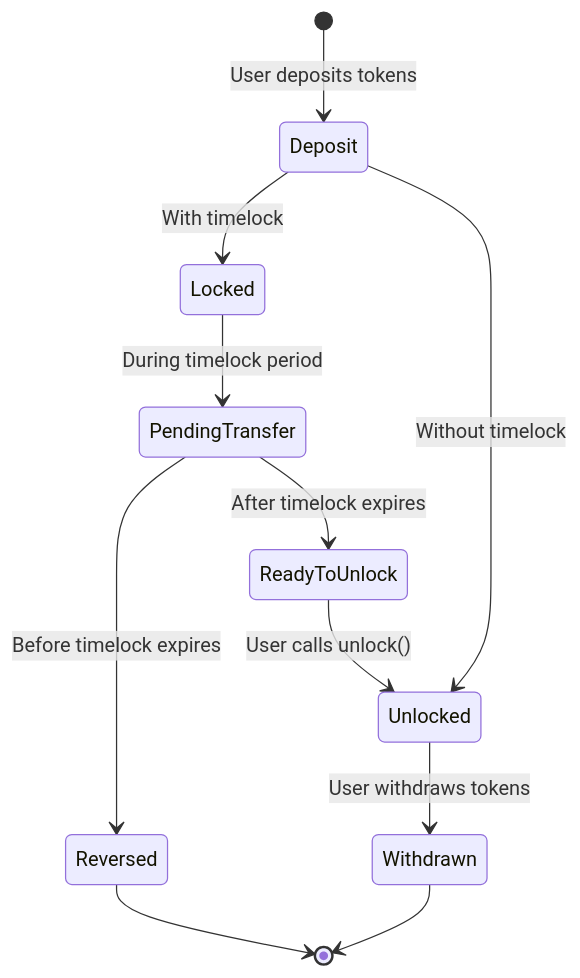
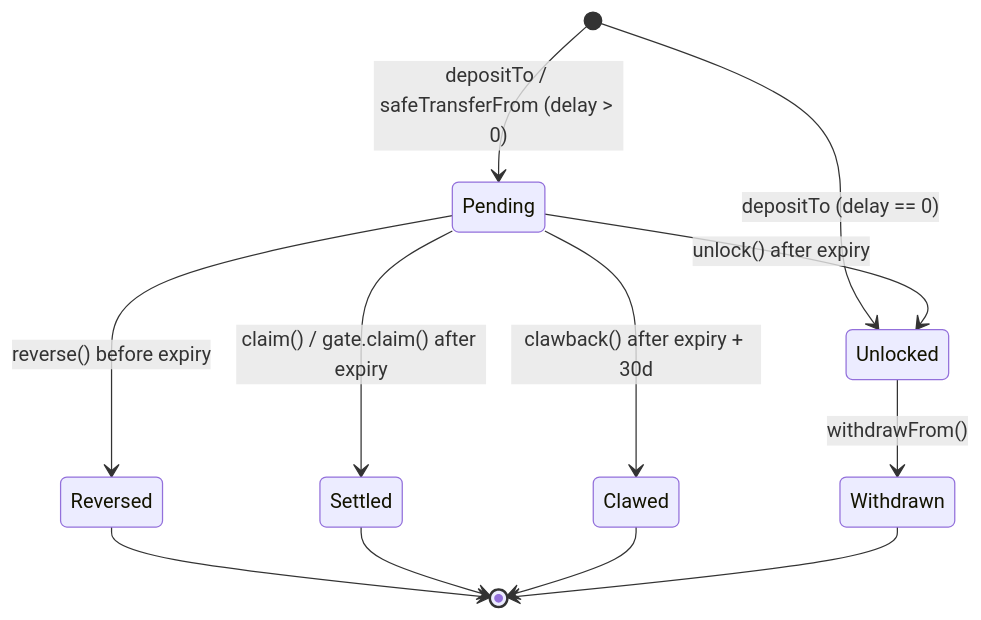
Before and after one commit to z0r0z/slow: the first of 3 diagrams in docs/src/README.md, drawn with Mermaid. The commit also changed other lines of this file and 4 other files, not shown here.

````diff
--- a/docs/src/README.md
+++ b/docs/src/README.md
@@ -65,13 +45,14 @@
 ```mermaid
 stateDiagram-v2
-    [*] --> Deposit: User deposits tokens
-    Deposit --> Locked: With timelock
-    Deposit --> Unlocked: Without timelock
-    Locked --> PendingTransfer: During timelock period
-    PendingTransfer --> Reversed: Before timelock expires
-    PendingTransfer --> ReadyToUnlock: After timelock expires
-    ReadyToUnlock --> Unlocked: User calls unlock()
-    Unlocked --> Withdrawn: User withdraws tokens
+    [*] --> Pending: depositTo / safeTransferFrom (delay > 0)
+    [*] --> Unlocked: depositTo (delay == 0)
+    Pending --> Reversed: reverse() before expiry
+    Pending --> Unlocked: unlock() after expiry
+    Pending --> Settled: claim() / gate.claim() after expiry
+    Pending --> Clawed: clawback() after expiry + 30d
+    Unlocked --> Withdrawn: withdrawFrom()
     Reversed --> [*]
+    Settled --> [*]
+    Clawed --> [*]
     Withdrawn --> [*]
 ```
````
